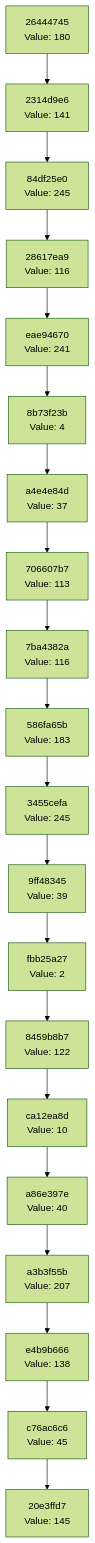
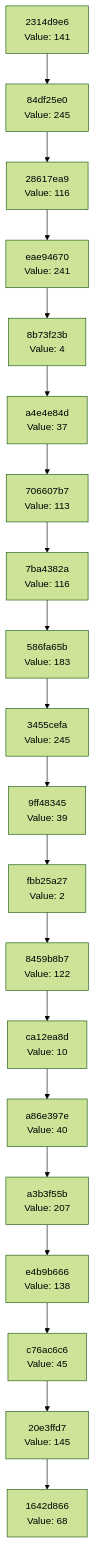
Before and after one commit to Abhisheksinha1506/hash-chain-evolver: the diagram in docs/CHAIN_VISUALIZATION.md, drawn with Mermaid (forest theme). The commit also changed 3 other files, not shown here.

````diff
--- a/docs/CHAIN_VISUALIZATION.md
+++ b/docs/CHAIN_VISUALIZATION.md
@@ -3,42 +3,42 @@
 ```mermaid
 graph TD
-    C0["20e3ffd7<br/>Value: 145"]
-    C1["c76ac6c6<br/>Value: 45"]
+    C0["1642d866<br/>Value: 68"]
+    C1["20e3ffd7<br/>Value: 145"]
     C1 --> C0
-    C2["e4b9b666<br/>Value: 138"]
+    C2["c76ac6c6<br/>Value: 45"]
     C2 --> C1
-    C3["a3b3f55b<br/>Value: 207"]
+    C3["e4b9b666<br/>Value: 138"]
     C3 --> C2
-    C4["a86e397e<br/>Value: 40"]
+    C4["a3b3f55b<br/>Value: 207"]
     C4 --> C3
-    C5["ca12ea8d<br/>Value: 10"]
+    C5["a86e397e<br/>Value: 40"]
     C5 --> C4
-    C6["8459b8b7<br/>Value: 122"]
+    C6["ca12ea8d<br/>Value: 10"]
     C6 --> C5
-    C7["fbb25a27<br/>Value: 2"]
+    C7["8459b8b7<br/>Value: 122"]
     C7 --> C6
-    C8["9ff48345<br/>Value: 39"]
+    C8["fbb25a27<br/>Value: 2"]
     C8 --> C7
-    C9["3455cefa<br/>Value: 245"]
+    C9["9ff48345<br/>Value: 39"]
     C9 --> C8
-    C10["586fa65b<br/>Value: 183"]
+    C10["3455cefa<br/>Value: 245"]
     C10 --> C9
-    C11["7ba4382a<br/>Value: 116"]
+    C11["586fa65b<br/>Value: 183"]
     C11 --> C10
-    C12["706607b7<br/>Value: 113"]
+    C12["7ba4382a<br/>Value: 116"]
     C12 --> C11
-    C13["a4e4e84d<br/>Value: 37"]
+    C13["706607b7<br/>Value: 113"]
     C13 --> C12
-    C14["8b73f23b<br/>Value: 4"]
+    C14["a4e4e84d<br/>Value: 37"]
     C14 --> C13
-    C15["eae94670<br/>Value: 241"]
+    C15["8b73f23b<br/>Value: 4"]
     C15 --> C14
-    C16["28617ea9<br/>Value: 116"]
+    C16["eae94670<br/>Value: 241"]
     C16 --> C15
-    C17["84df25e0<br/>Value: 245"]
+    C17["28617ea9<br/>Value: 116"]
     C17 --> C16
-    C18["2314d9e6<br/>Value: 141"]
+    C18["84df25e0<br/>Value: 245"]
     C18 --> C17
-    C19["26444745<br/>Value: 180"]
+    C19["2314d9e6<br/>Value: 141"]
     C19 --> C18
 ```
````
